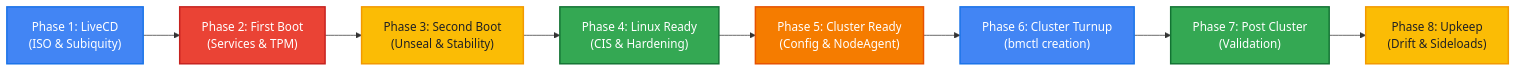
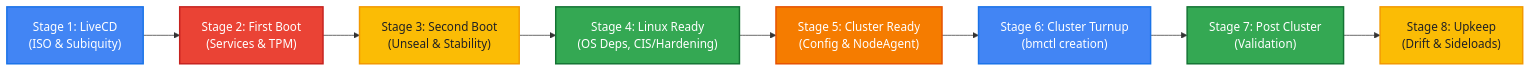
The diagram in README.md (mike-ensor/gdc-disk-provisioner-gh), drawn with Mermaid before and after one commit. The commit also changed other lines of this file and 5 other files, not shown here.

````diff
--- a/README.md
+++ b/README.md
@@ -15,39 +26,39 @@
 ```mermaid
 flowchart LR
     %% Define Google Brand Styles
     classDef start fill:#F1F3F4,stroke:#9AA0A6,stroke-width:2px,color:#202124;
     classDef blue fill:#4285F4,stroke:#1A73E8,stroke-width:2px,color:#FFFFFF;
     classDef red fill:#EA4335,stroke:#C5221F,stroke-width:2px,color:#FFFFFF;
     classDef yellow fill:#FBBC05,stroke:#F29900,stroke-width:2px,color:#202124;
     classDef green fill:#34A853,stroke:#137333,stroke-width:2px,color:#FFFFFF;
     classDef orange fill:#F57C00,stroke:#E65100,stroke-width:2px,color:#FFFFFF;
 
     %% Nodes
-    Stage1["Phase 1: LiveCD\n(ISO & Subiquity)"]
-    Stage2["Phase 2: First Boot\n(Services & TPM)"]
-    Stage3["Phase 3: Second Boot\n(Unseal & Stability)"]
-    Stage4["Phase 4: Linux Ready\n(CIS & Hardening)"]
-    Stage5["Phase 5: Cluster Ready\n(Config & NodeAgent)"]
-    Stage6["Phase 6: Cluster Turnup\n(bmctl creation)"]
-    Stage7["Phase 7: Post Cluster\n(Validation)"]
-    Stage8["Phase 8: Upkeep\n(Drift & Sideloads)"]
+    Stage1["Stage 1: LiveCD\n(ISO & Subiquity)"]
+    Stage2["Stage 2: First Boot\n(Services & TPM)"]
+    Stage3["Stage 3: Second Boot\n(Unseal & Stability)"]
+    Stage4["Stage 4: Linux Ready\n(OS Deps, CIS/Hardening)"]
+    Stage5["Stage 5: Cluster Ready\n(Config & NodeAgent)"]
+    Stage6["Stage 6: Cluster Turnup\n(bmctl creation)"]
+    Stage7["Stage 7: Post Cluster\n(Validation)"]
+    Stage8["Stage 8: Upkeep\n(Drift & Sideloads)"]
 
     %% Connections
     Stage1 --> Stage2
     Stage2 --> Stage3
     Stage3 --> Stage4
     Stage4 --> Stage5
     Stage5 --> Stage6
     Stage6 --> Stage7
     Stage7 --> Stage8
 
     %% Apply Styles
     class Stage1 blue;
     class Stage2 red;
     class Stage3 yellow;
     class Stage4 green;
     class Stage5 orange;
     class Stage6 blue;
     class Stage7 green;
     class Stage8 yellow;
 ```
````
